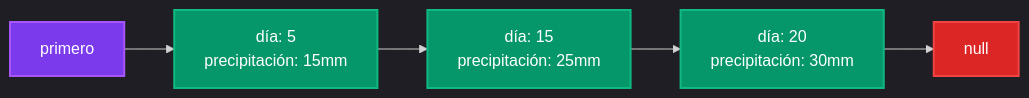
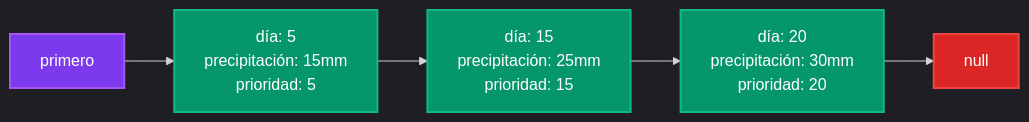
The ninth of 17 diagrams in tp-final/README_IMPLEMENTACIONES.md (pybalt/algo2), drawn with Mermaid before and after one commit. The commit also changed other lines of this file, not shown here.

Commit message:
Revise README_IMPLEMENTACIONES.md to update data structure descriptions, enhance diagram clarity, and improve overall organization. Key changes include restructuring sections on data hierarchies, refining hash table explanations, and optimizing visual elements for better readability.

````diff
--- a/tp-final/README_IMPLEMENTACIONES.md
+++ b/tp-final/README_IMPLEMENTACIONES.md
@@ -240,14 +243,14 @@
 ```mermaid
 %%{init: {'theme':'dark'}}%%
 graph LR
-    A[primero] --> B[día: 5<br/>precipitación: 15mm]
-    B --> C[día: 15<br/>precipitación: 25mm]
-    C --> D[día: 20<br/>precipitación: 30mm]
-    D --> E[null]
+    A["primero"] --> B["día: 5<br/>precipitación: 15mm<br/>prioridad: 5"]
+    B --> C["día: 15<br/>precipitación: 25mm<br/>prioridad: 15"]
+    C --> D["día: 20<br/>precipitación: 30mm<br/>prioridad: 20"]
+    D --> E["null"]
     
     style A fill:#7c3aed,stroke:#a855f7,stroke-width:2px,color:#fff
     style B fill:#059669,stroke:#10b981,stroke-width:2px,color:#fff
     style C fill:#059669,stroke:#10b981,stroke-width:2px,color:#fff
     style D fill:#059669,stroke:#10b981,stroke-width:2px,color:#fff
     style E fill:#dc2626,stroke:#ef4444,stroke-width:2px,color:#fff
 ```
````
